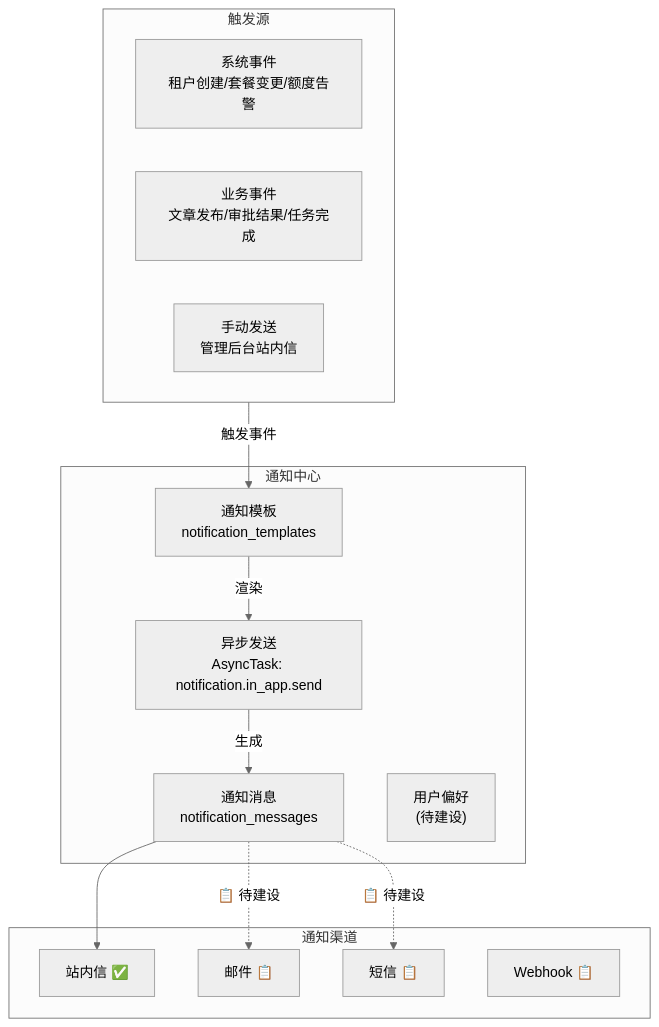
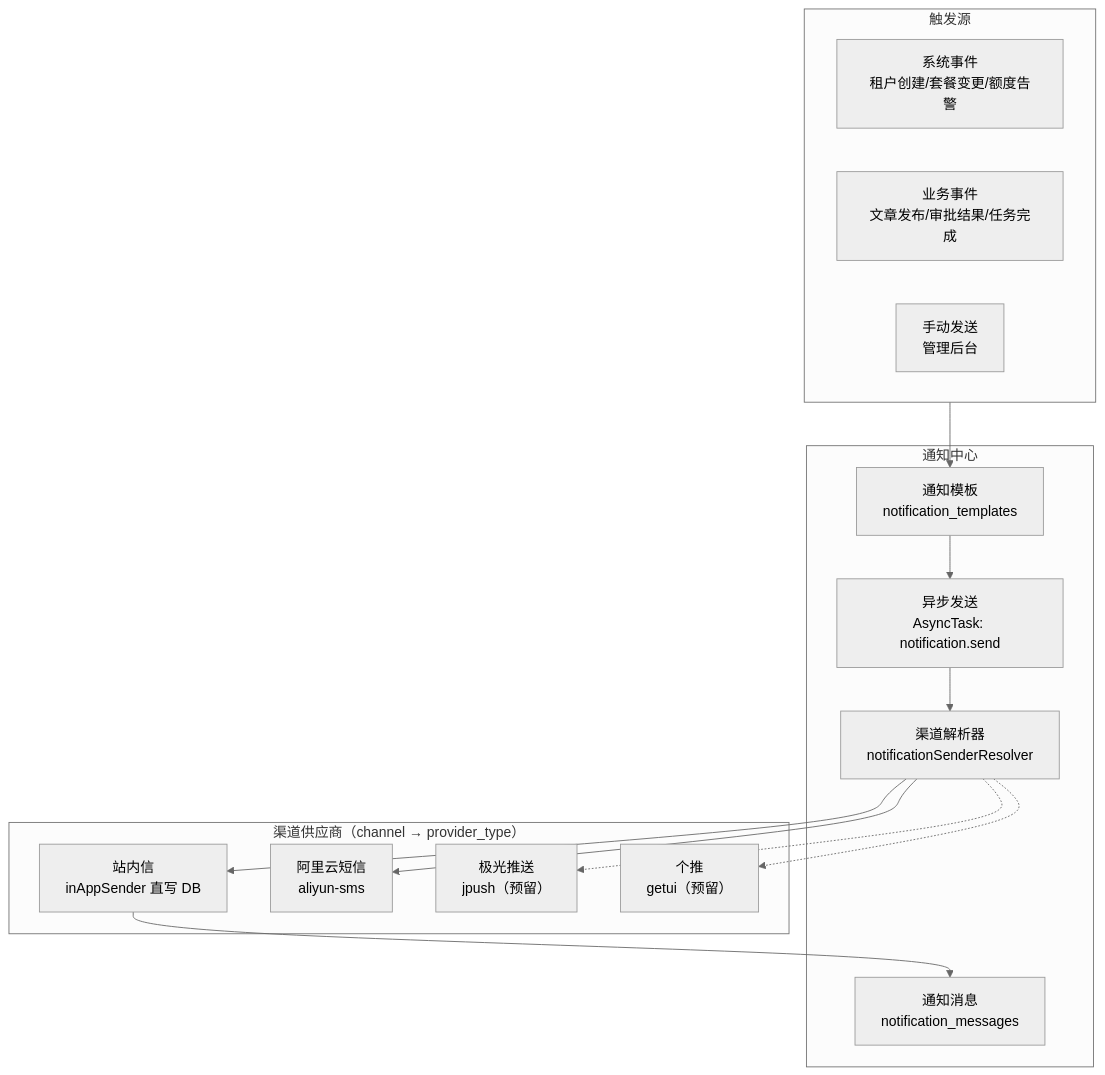
The first of 3 diagrams in docs/architecture/1-5-技术中台-通知中心设计.md (stack-haven/avmc), drawn with Mermaid (neutral theme) before and after one commit. The commit also changed other lines of this file and 4 other files, not shown here.

````diff
--- a/docs/architecture/1-5-技术中台-通知中心设计.md
+++ b/docs/architecture/1-5-技术中台-通知中心设计.md
@@ -11,29 +11,31 @@
 ```mermaid
 flowchart TB
     subgraph Triggers["触发源"]
         System["系统事件<br/>租户创建/套餐变更/额度告警"]
         Business["业务事件<br/>文章发布/审批结果/任务完成"]
-        Manual["手动发送<br/>管理后台站内信"]
+        Manual["手动发送<br/>管理后台"]
     end
 
     subgraph NotificationCenter["通知中心"]
         Template["通知模板<br/>notification_templates"]
-        Send["异步发送<br/>AsyncTask: notification.in_app.send"]
+        Send["异步发送<br/>AsyncTask: notification.send"]
         Message["通知消息<br/>notification_messages"]
-        Preference["用户偏好<br/>(待建设)"]
+        Resolver["渠道解析器<br/>notificationSenderResolver"]
     end
 
-    subgraph Channels["通知渠道"]
-        InApp["站内信 ✅"]
-        Email["邮件 📋"]
-        SMS["短信 📋"]
-        Webhook["Webhook 📋"]
+    subgraph Providers["渠道供应商（channel → provider_type）"]
+        InApp["站内信<br/>inAppSender 直写 DB"]
+        AliyunSMS["阿里云短信<br/>aliyun-sms"]
+        JPush["极光推送<br/>jpush（预留）"]
+        Getui["个推<br/>getui（预留）"]
     end
 
-    Triggers -->|"触发事件"| Template
-    Template -->|"渲染"| Send
-    Send -->|"生成"| Message
-    Message --> InApp
-    Message -.->|"📋 待建设"| Email
-    Message -.->|"📋 待建设"| SMS
+    Triggers --> Template
+    Template --> Send
+    Send --> Resolver
+    Resolver --> InApp
+    Resolver --> AliyunSMS
+    Resolver -.-> JPush
+    Resolver -.-> Getui
+    InApp --> Message
 ```
````
